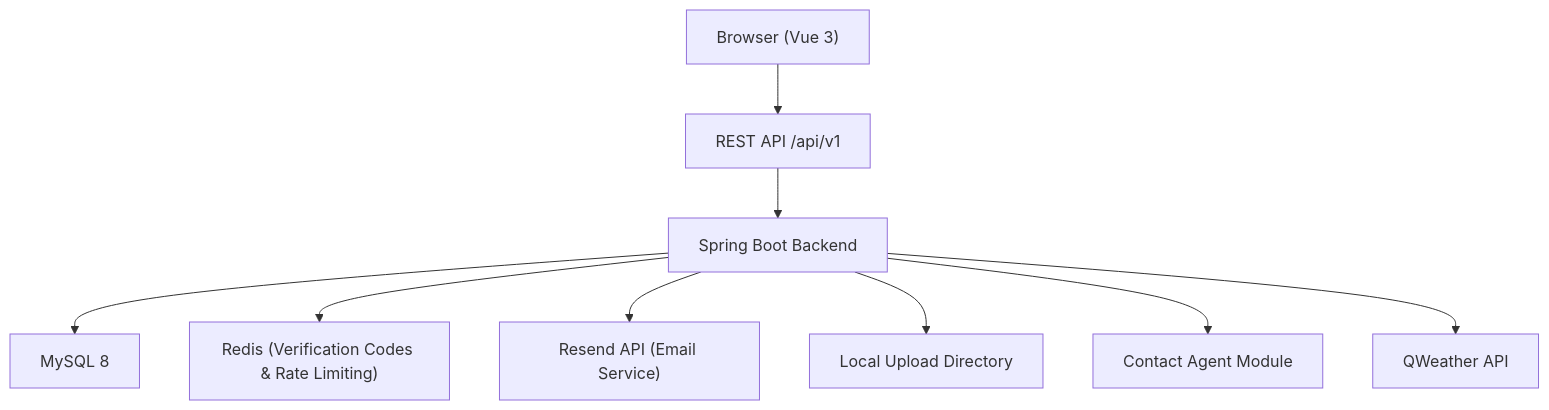
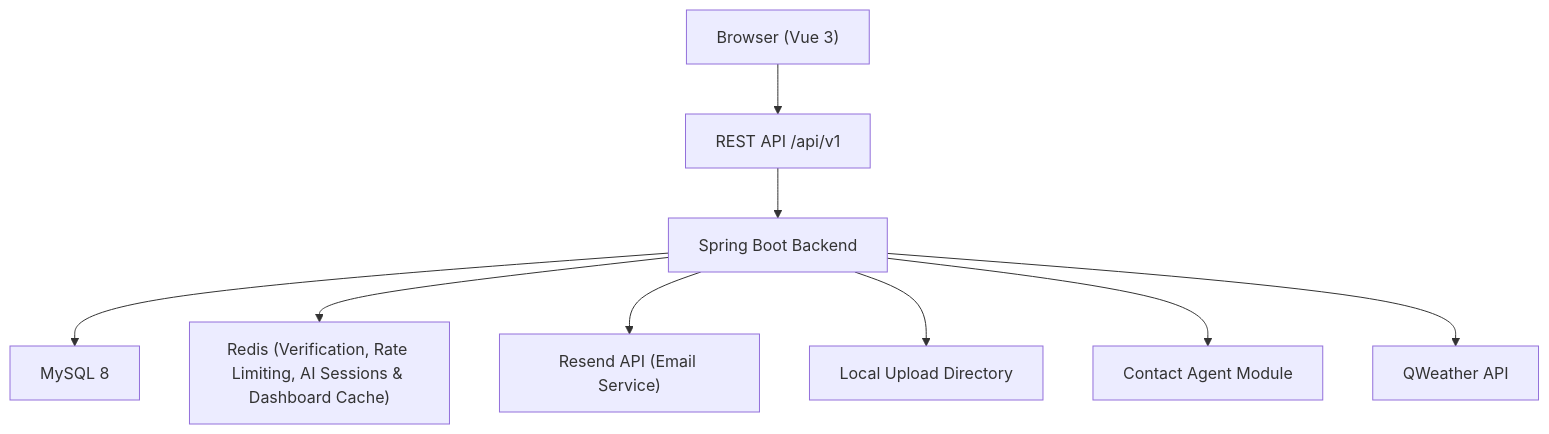
Before and after one commit to weiqiang612/Personal-CRM-Intelligent-Contact-Management-Platform: the diagram in docs/2-designs/architecture.md, drawn with Mermaid. The commit also changed other lines of this file and 26 other files, not shown here.

Commit message:
feat: implement core contact management features including detail views, services, and base system architecture

````diff
--- a/docs/2-designs/architecture.md
+++ b/docs/2-designs/architecture.md
@@ -12,11 +12,11 @@
 ```mermaid
 flowchart TD
     Browser["Browser (Vue 3)"] --> Api["REST API /api/v1"]
     Api --> Backend["Spring Boot Backend"]
     Backend --> Mysql["MySQL 8"]
-    Backend --> Redis["Redis (Verification Codes & Rate Limiting)"]
+    Backend --> Redis["Redis (Verification, Rate Limiting, AI Sessions & Dashboard Cache)"]
     Backend --> Resend["Resend API (Email Service)"]
     Backend --> Upload["Local Upload Directory"]
     Backend --> Agent["Contact Agent Module"]
     Backend --> QWeather["QWeather API"]
 ```
````
